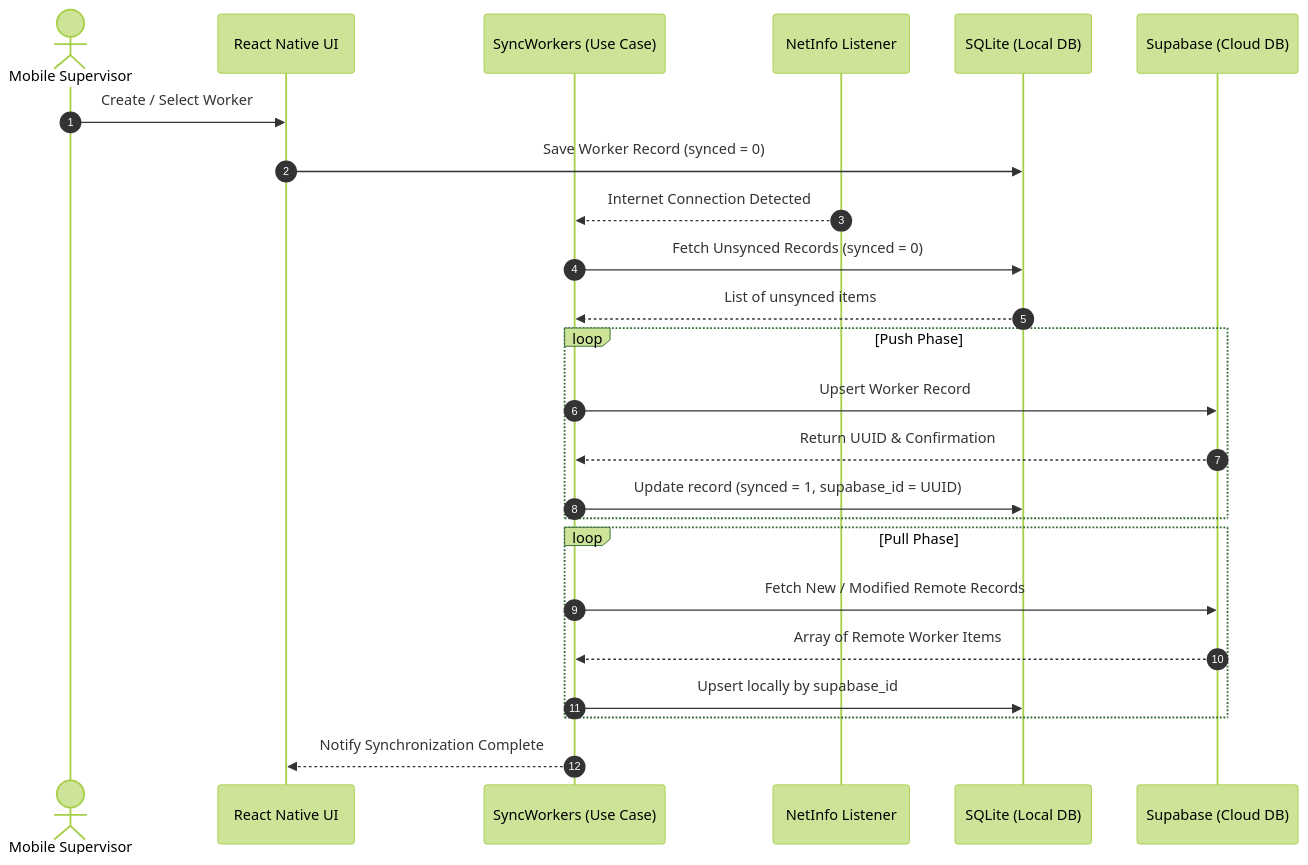
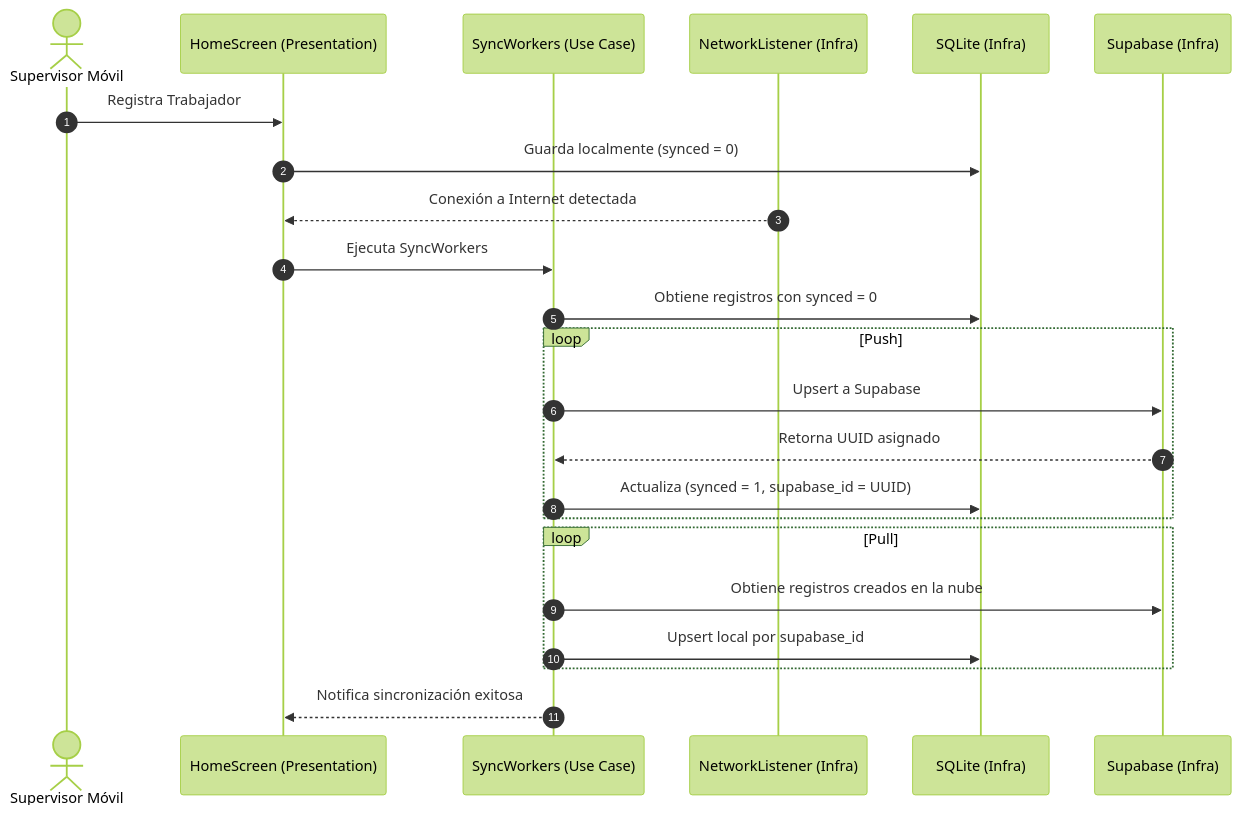
One commit to watchtheblind/IVSS-WORKERS-ORGANIZER changed the diagram in README.md. Above: the diagram before and after it, drawn with Mermaid (forest theme). The commit also changed other lines of this file, not shown here.

Commit message:
docs: add comprehensive hexagonal architecture guide and placement cheatsheet

````diff
--- a/README.md
+++ b/README.md
@@ -92,31 +180,29 @@
 ```mermaid
 sequenceDiagram
     autonumber
-    actor User as Mobile Supervisor
-    participant UI as React Native UI
+    actor Usuario as Supervisor Móvil
+    participant UI as HomeScreen (Presentation)
     participant UC as SyncWorkers (Use Case)
-    participant Net as NetInfo Listener
-    participant Local as SQLite (Local DB)
-    participant Remote as Supabase (Cloud DB)
+    participant Net as NetworkListener (Infra)
+    participant Local as SQLite (Infra)
+    participant Remote as Supabase (Infra)
 
-    User->>UI: Create / Select Worker
-    UI->>Local: Save Worker Record (synced = 0)
-    Net-->>UC: Internet Connection Detected
-    UC->>Local: Fetch Unsynced Records (synced = 0)
-    Local-->>UC: List of unsynced items
+    Usuario->>UI: Registra Trabajador
+    UI->>Local: Guarda localmente (synced = 0)
+    Net-->>UI: Conexión a Internet detectada
+    UI->>UC: Ejecuta SyncWorkers
+    UC->>Local: Obtiene registros con synced = 0
     
-    loop Push Phase
-        UC->>Remote: Upsert Worker Record
-        Remote-->>UC: Return UUID & Confirmation
-        UC->>Local: Update record (synced = 1, supabase_id = UUID)
+    loop Push
+        UC->>Remote: Upsert a Supabase
+        Remote-->>UC: Retorna UUID asignado
+        UC->>Local: Actualiza (synced = 1, supabase_id = UUID)
     end
 
-    loop Pull Phase
-        UC->>Remote: Fetch New / Modified Remote Records
-        Remote-->>UC: Array of Remote Worker Items
-        UC->>Local: Upsert locally by supabase_id
+    loop Pull
+        UC->>Remote: Obtiene registros creados en la nube
+        UC->>Local: Upsert local por supabase_id
     end
     
-    UC-->>UI: Notify Synchronization Complete
-
+    UC-->>UI: Notifica sincronización exitosa
 ```
````
